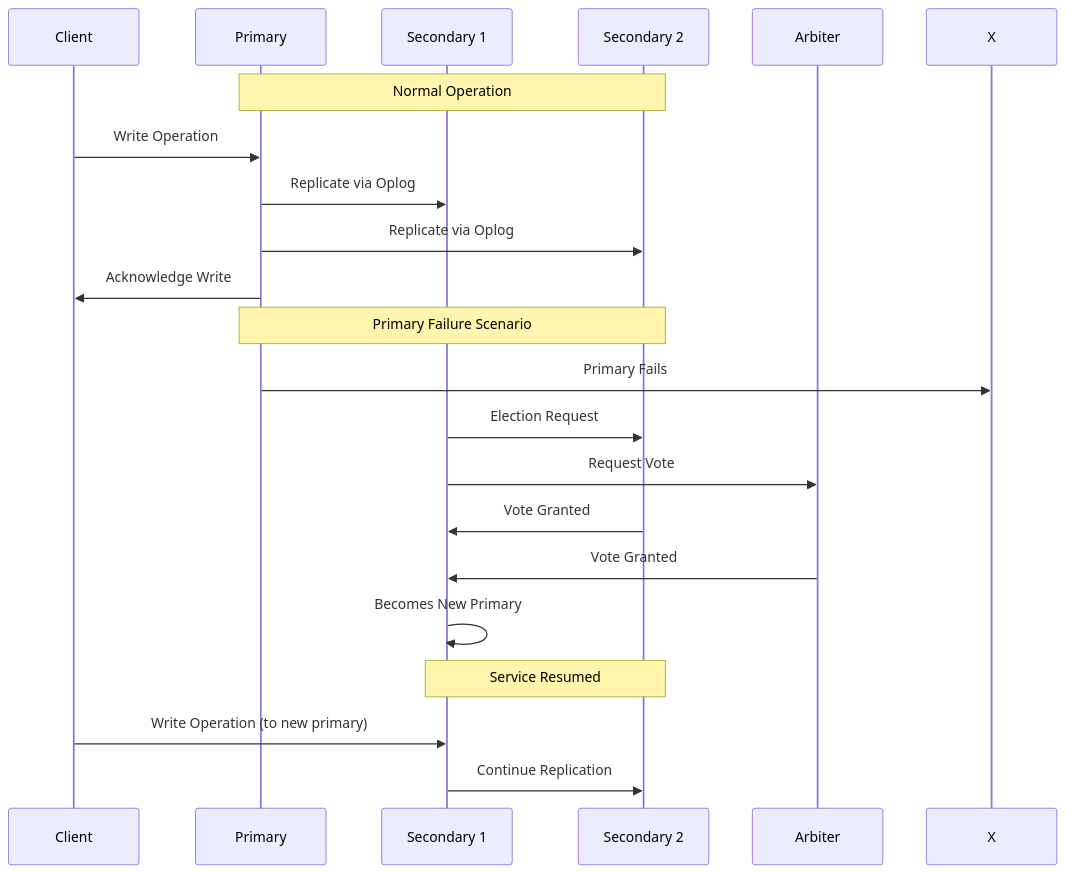
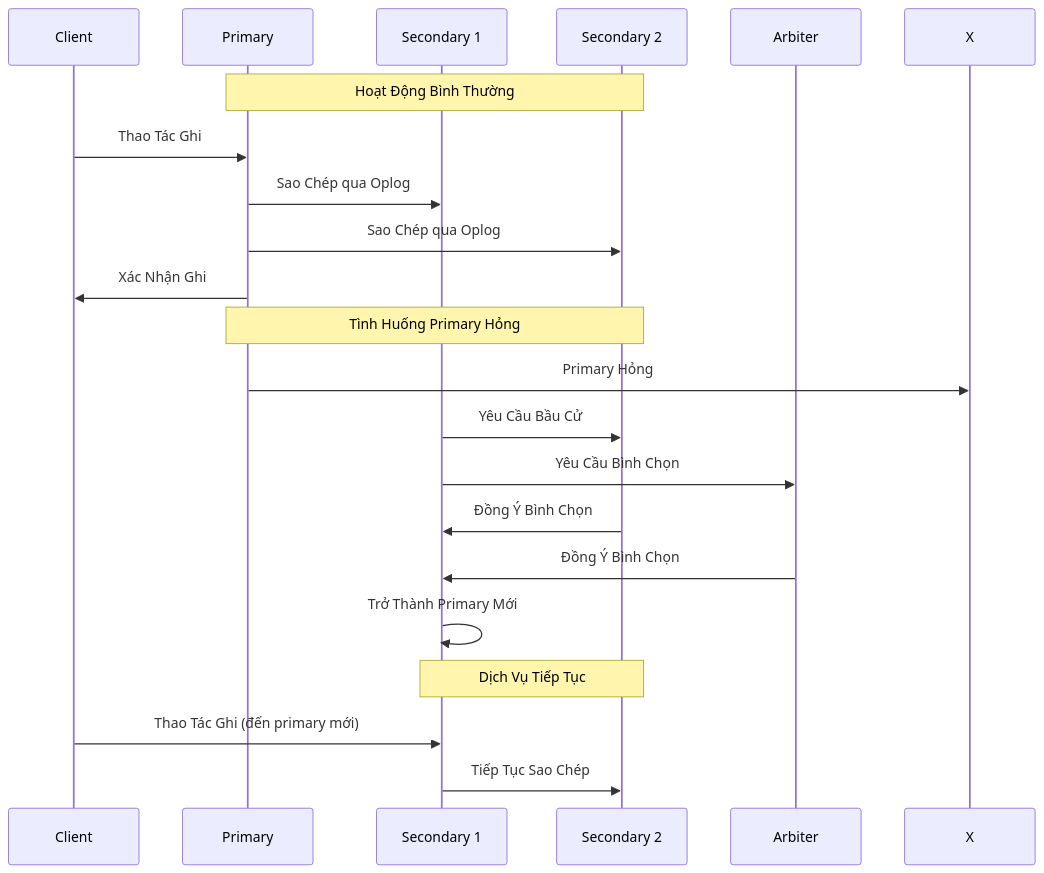
The tenth of 56 diagrams in DB/Mongo-Sharding/mongo-sharding-practice.md (ngockhanhvd2812/DBA), drawn with Mermaid before and after one commit. The commit also changed other lines of this file, not shown here.

````diff
--- a/DB/Mongo-Sharding/mongo-sharding-practice.md
+++ b/DB/Mongo-Sharding/mongo-sharding-practice.md
@@ -217,26 +377,26 @@
 ```mermaid
 sequenceDiagram
     participant C as Client
     participant P as Primary
     participant S1 as Secondary 1
     participant S2 as Secondary 2
     participant A as Arbiter
     
-    Note over P,S2: Normal Operation
-    C->>P: Write Operation
-    P->>S1: Replicate via Oplog
-    P->>S2: Replicate via Oplog
-    P->>C: Acknowledge Write
+    Note over P,S2: Hoạt Động Bình Thường
+    C->>P: Thao Tác Ghi
+    P->>S1: Sao Chép qua Oplog
+    P->>S2: Sao Chép qua Oplog
+    P->>C: Xác Nhận Ghi
     
-    Note over P,S2: Primary Failure Scenario
-    P->>X: Primary Fails
-    S1->>S2: Election Request
-    S1->>A: Request Vote
-    S2->>S1: Vote Granted
-    A->>S1: Vote Granted
-    S1->>S1: Becomes New Primary
+    Note over P,S2: Tình Huống Primary Hỏng
+    P->>X: Primary Hỏng
+    S1->>S2: Yêu Cầu Bầu Cử
+    S1->>A: Yêu Cầu Bình Chọn
+    S2->>S1: Đồng Ý Bình Chọn
+    A->>S1: Đồng Ý Bình Chọn
+    S1->>S1: Trở Thành Primary Mới
     
-    Note over S1,S2: Service Resumed
-    C->>S1: Write Operation (to new primary)
-    S1->>S2: Continue Replication
+    Note over S1,S2: Dịch Vụ Tiếp Tục
+    C->>S1: Thao Tác Ghi (đến primary mới)
+    S1->>S2: Tiếp Tục Sao Chép
 ```
````
